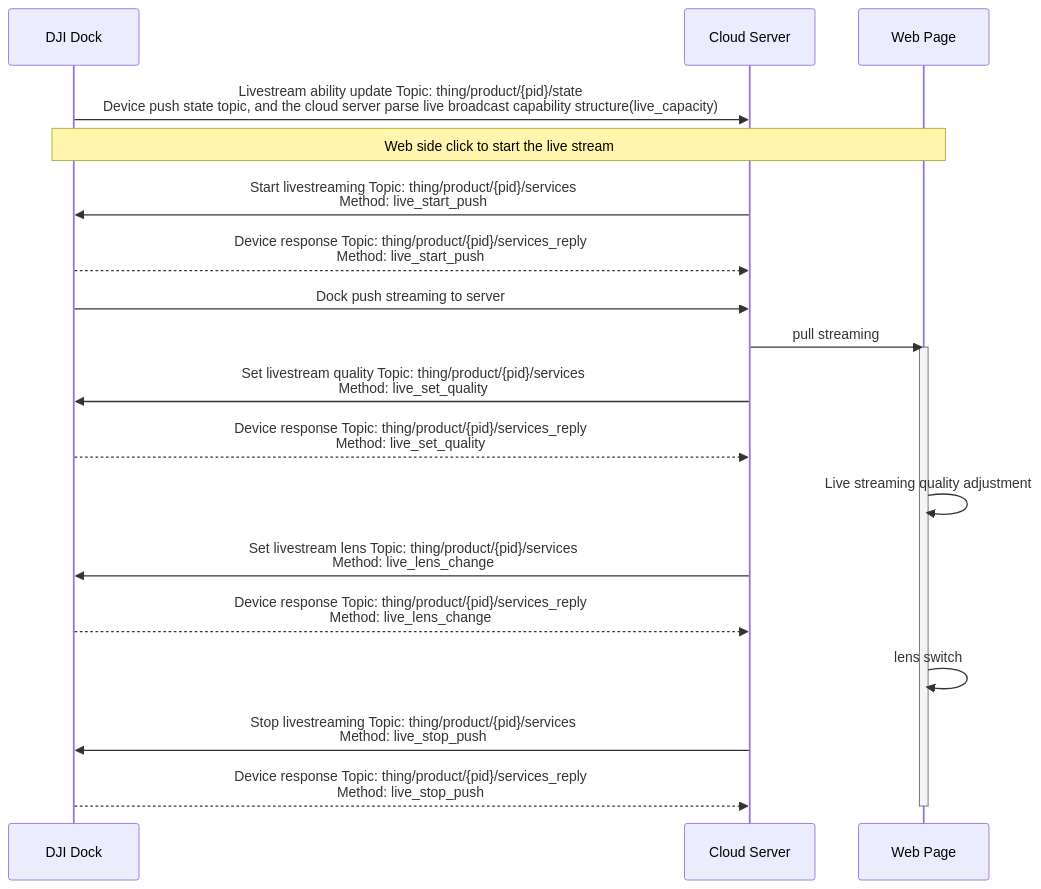
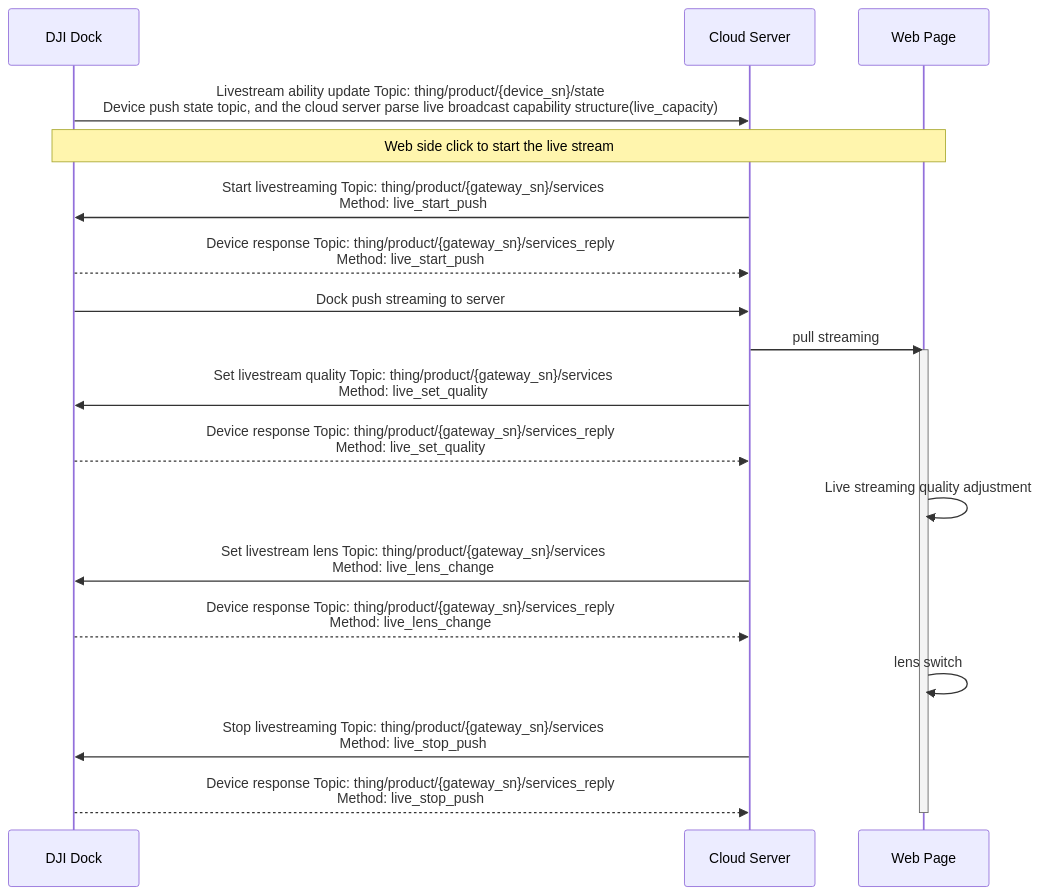
Before and after one commit to dji-sdk/Cloud-API-Doc: the diagram in docs/en/30.feature-set/20.dock-feature-set/30.dock-livestream.md, drawn with Mermaid. The commit also changed 72 other files, not shown here.

````diff
--- a/docs/en/30.feature-set/20.dock-feature-set/30.dock-livestream.md
+++ b/docs/en/30.feature-set/20.dock-feature-set/30.dock-livestream.md
@@ -28,32 +28,32 @@
 ```mermaid
 sequenceDiagram
 participant client as DJI Dock
 participant server as Cloud Server
 participant h5 as Web Page
 
-client ->> server: Livestream ability update Topic: thing/product/{pid}/state<br/> Device push state topic, and the cloud server parse live broadcast capability structure(live_capacity)
+client ->> server: Livestream ability update Topic: thing/product/{device_sn}/state<br/> Device push state topic, and the cloud server parse live broadcast capability structure(live_capacity)
 
 
 note over client,h5: Web side click to start the live stream
 
-server ->> client: Start livestreaming Topic: thing/product/{pid}/services<br/>Method: live_start_push
-client -->> server: Device response Topic: thing/product/{pid}/services_reply<br/>Method: live_start_push
+server ->> client: Start livestreaming Topic: thing/product/{gateway_sn}/services<br/>Method: live_start_push
+client -->> server: Device response Topic: thing/product/{gateway_sn}/services_reply<br/>Method: live_start_push
 
 client ->> server: Dock push streaming to server
 server ->> h5: pull streaming
 activate h5
 
-server ->> client: Set livestream quality Topic: thing/product/{pid}/services<br/>Method: live_set_quality
-client -->> server: Device response Topic: thing/product/{pid}/services_reply<br/>Method: live_set_quality
+server ->> client: Set livestream quality Topic: thing/product/{gateway_sn}/services<br/>Method: live_set_quality
+client -->> server: Device response Topic: thing/product/{gateway_sn}/services_reply<br/>Method: live_set_quality
 h5 ->> h5: Live streaming quality adjustment
 
-server ->> client: Set livestream lens Topic: thing/product/{pid}/services<br/>Method: live_lens_change
-client -->> server: Device response Topic: thing/product/{pid}/services_reply<br/>Method: live_lens_change
+server ->> client: Set livestream lens Topic: thing/product/{gateway_sn}/services<br/>Method: live_lens_change
+client -->> server: Device response Topic: thing/product/{gateway_sn}/services_reply<br/>Method: live_lens_change
 h5 ->> h5: lens switch
 
-server ->> client: Stop livestreaming Topic: thing/product/{pid}/services<br/>Method: live_stop_push
-client -->> server: Device response Topic: thing/product/{pid}/services_reply<br/>Method: live_stop_push
+server ->> client: Stop livestreaming Topic: thing/product/{gateway_sn}/services<br/>Method: live_stop_push
+client -->> server: Device response Topic: thing/product/{gateway_sn}/services_reply<br/>Method: live_stop_push
 
 deactivate h5
 
 ```
````
